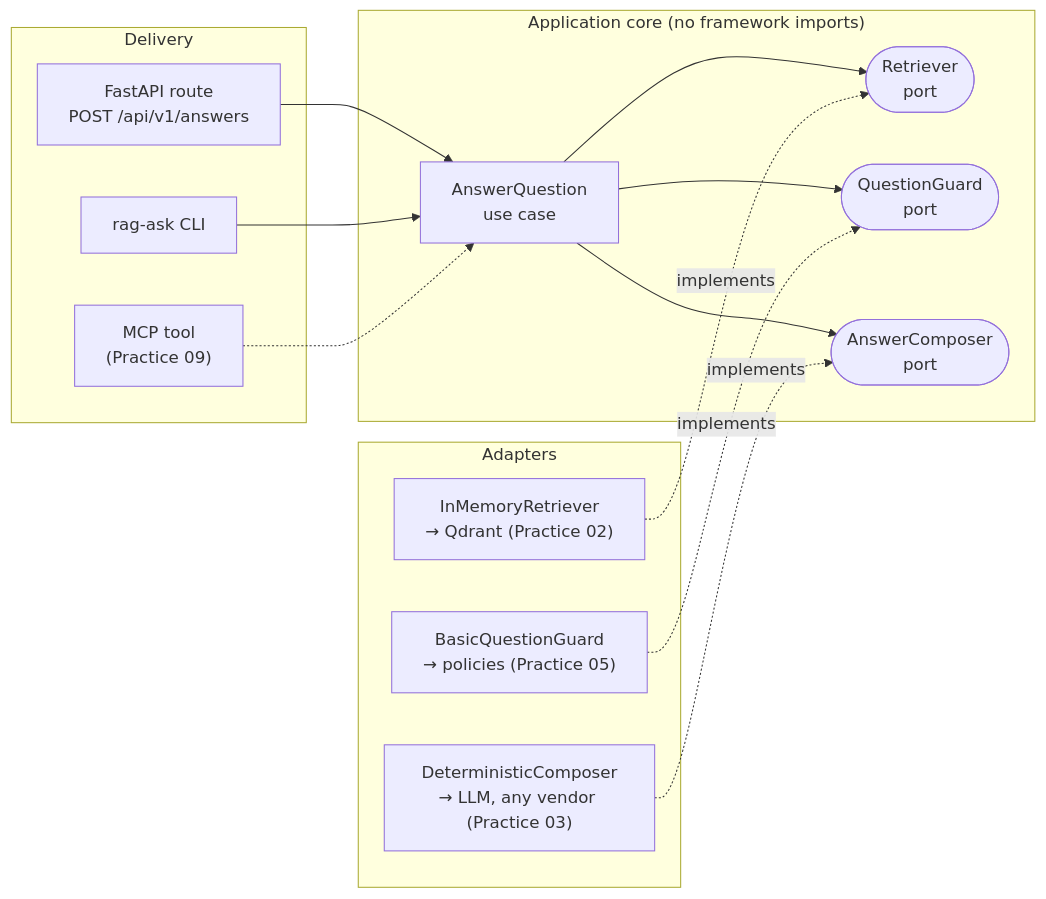
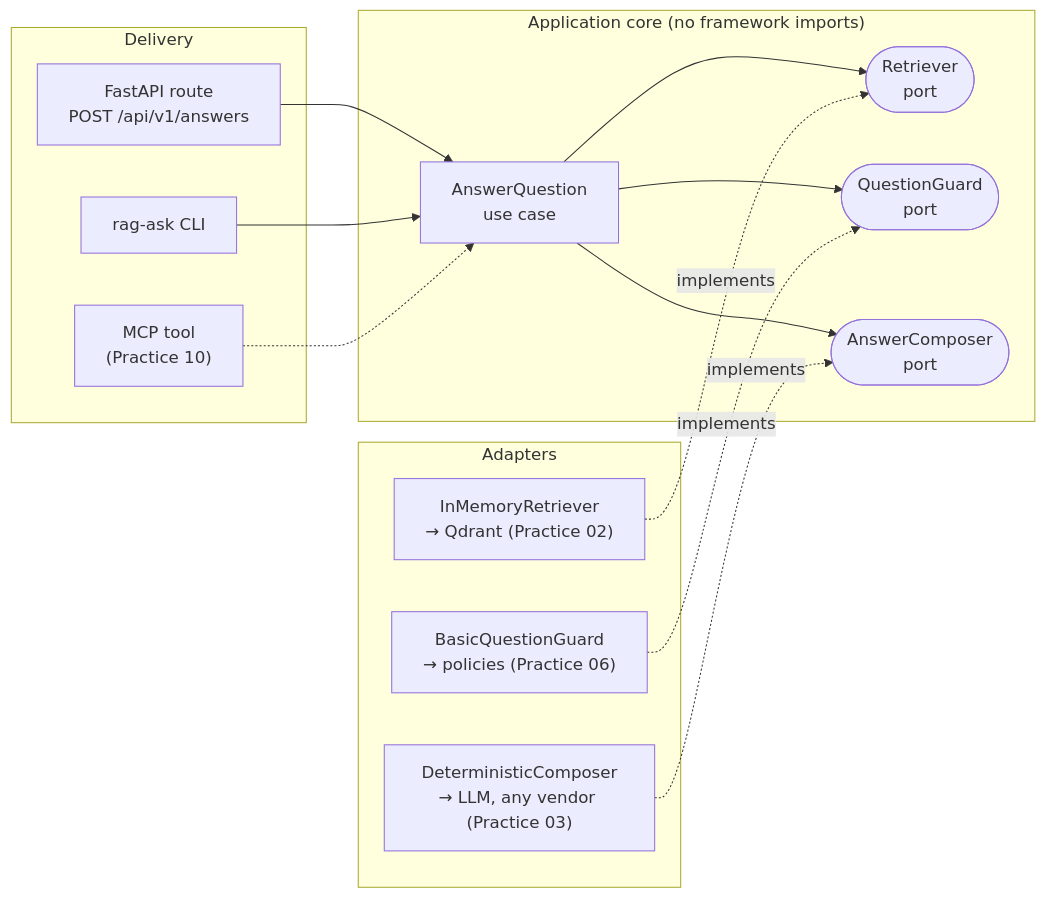
One commit to czwie01/ai-builder-lab changed the diagram in README.md. Above: the diagram before and after it, drawn with Mermaid. The commit also changed other lines of this file and 7 other files, not shown here.

First line of the commit message:
docs(roadmap): revise milestone map to v2 with two tracks and research-backed defaults

````diff
--- a/README.md
+++ b/README.md
@@ -24,29 +24,29 @@
 ```mermaid
 flowchart LR
     subgraph Delivery
         HTTP["FastAPI route<br/>POST /api/v1/answers"]
         CLI["rag-ask CLI"]
-        MCP["MCP tool<br/>(Practice 09)"]
+        MCP["MCP tool<br/>(Practice 10)"]
     end
 
     subgraph Core["Application core (no framework imports)"]
         UC["AnswerQuestion<br/>use case"]
         P1(["Retriever<br/>port"])
         P2(["QuestionGuard<br/>port"])
         P3(["AnswerComposer<br/>port"])
     end
 
     subgraph Adapters
         A1["InMemoryRetriever<br/>→ Qdrant (Practice 02)"]
-        A2["BasicQuestionGuard<br/>→ policies (Practice 05)"]
+        A2["BasicQuestionGuard<br/>→ policies (Practice 06)"]
         A3["DeterministicComposer<br/>→ LLM, any vendor (Practice 03)"]
     end
 
     HTTP --> UC
     CLI --> UC
     MCP -.-> UC
     UC --> P1 & P2 & P3
     A1 -.implements.-> P1
     A2 -.implements.-> P2
     A3 -.implements.-> P3
 ```
````
